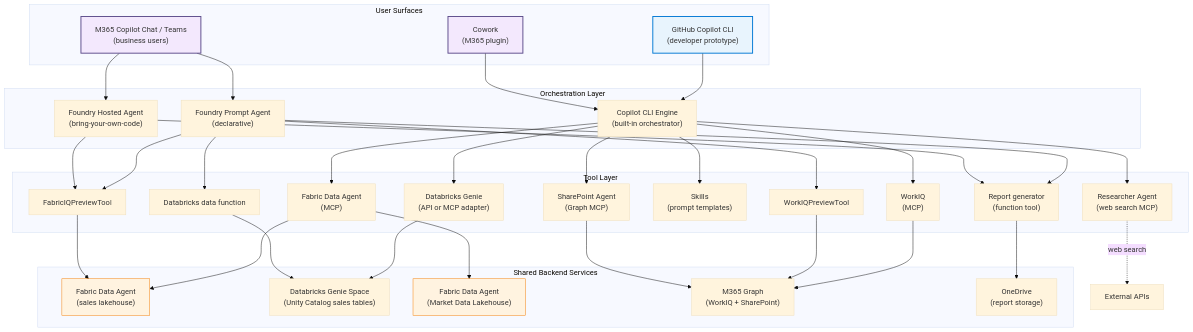
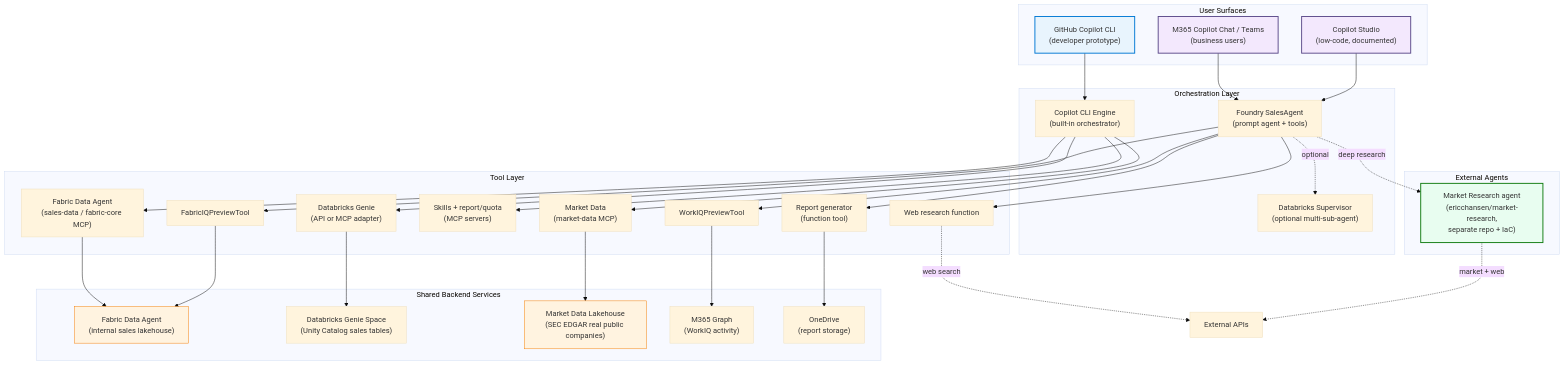
One commit to ericchansen/agent-demo-dev changed the diagram in website/docs/architecture/system-overview.md. Above: the diagram before and after it, drawn with Mermaid (base theme). The commit also changed other lines of this file and 21 other files, not shown here.

````diff
--- a/website/docs/architecture/system-overview.md
+++ b/website/docs/architecture/system-overview.md
@@ -12,74 +12,69 @@
 ```mermaid
 flowchart TB
     subgraph User["User Surfaces"]
         CLI["GitHub Copilot CLI\n(developer prototype)"]
         M365["M365 Copilot Chat / Teams\n(business users)"]
-        Cowork["Cowork\n(M365 plugin)"]
+        Studio["Copilot Studio\n(low-code, documented)"]
     end
 
     subgraph Orchestration["Orchestration Layer"]
         CopilotEngine["Copilot CLI Engine\n(built-in orchestrator)"]
-        FoundryPrompt["Foundry Prompt Agent\n(declarative)"]
-        FoundryHosted["Foundry Hosted Agent\n(bring-your-own-code)"]
+        FoundryPrompt["Foundry SalesAgent\n(prompt agent + tools)"]
+        DbxSup["Databricks Supervisor\n(optional multi-sub-agent)"]
     end
 
     subgraph Tools["Tool Layer"]
-        FDA["Fabric Data Agent\n(MCP)"]
+        FDA["Fabric Data Agent\n(sales-data / fabric-core MCP)"]
+        MKT["Market Data\n(market-data MCP)"]
         GENIE["Databricks Genie\n(API or MCP adapter)"]
-        WIQ["WorkIQ\n(MCP)"]
-        Researcher["Researcher Agent\n(web search MCP)"]
-        SharePoint["SharePoint Agent\n(Graph MCP)"]
-        Skills["Skills\n(prompt templates)"]
+        Skills["Skills + report/quota\n(MCP servers)"]
         FIQ["FabricIQPreviewTool"]
-        DBXTool["Databricks data function"]
         WIQT["WorkIQPreviewTool"]
+        Research["Web research function"]
         ReportFunc["Report generator\n(function tool)"]
     end
 
+    subgraph External["External Agents"]
+        MR["Market Research agent\n(ericchansen/market-research,\nseparate repo + IaC)"]
+    end
+
     subgraph Backend["Shared Backend Services"]
-        DA_WWI["Fabric Data Agent\n(sales lakehouse)"]
+        DA_SALES["Fabric Data Agent\n(internal sales lakehouse)"]
         DBX["Databricks Genie Space\n(Unity Catalog sales tables)"]
-        DA_MKT["Fabric Data Agent\n(Market Data Lakehouse)"]
-        Graph["M365 Graph\n(WorkIQ + SharePoint)"]
+        DA_MKT["Market Data Lakehouse\n(SEC EDGAR real public companies)"]
+        Graph["M365 Graph\n(WorkIQ activity)"]
         OD["OneDrive\n(report storage)"]
     end
 
     CLI --> CopilotEngine
     M365 --> FoundryPrompt
-    M365 --> FoundryHosted
-    Cowork --> CopilotEngine
+    Studio --> FoundryPrompt
+    FoundryPrompt -.->|optional| DbxSup
 
     CopilotEngine --> FDA
+    CopilotEngine --> MKT
     CopilotEngine --> GENIE
-    CopilotEngine --> WIQ
-    CopilotEngine --> Researcher
-    CopilotEngine --> SharePoint
     CopilotEngine --> Skills
 
     FoundryPrompt --> FIQ
-    FoundryPrompt --> DBXTool
     FoundryPrompt --> WIQT
+    FoundryPrompt --> Research
     FoundryPrompt --> ReportFunc
+    FoundryPrompt -.->|deep research| MR
 
-    FoundryHosted --> FIQ
-    FoundryHosted --> ReportFunc
-
-    FDA --> DA_WWI
+    FDA --> DA_SALES
+    MKT --> DA_MKT
     GENIE --> DBX
-    FDA --> DA_MKT
-    FIQ --> DA_WWI
-    DBXTool --> DBX
-
-    WIQ --> Graph
+    FIQ --> DA_SALES
     WIQT --> Graph
-    SharePoint --> Graph
-    Researcher -.->|web search| Web["External APIs"]
-
+    Research -.->|web search| Web["External APIs"]
+    MR -.->|market + web| Web
     ReportFunc --> OD
 
     style CLI fill:#e8f4fd,stroke:#0078d4,stroke-width:2px
     style M365 fill:#f3e8fd,stroke:#5B4B8A,stroke-width:2px
-    style Cowork fill:#f3e8fd,stroke:#5B4B8A,stroke-width:2px
-    style DA_WWI fill:#fff3e0,stroke:#F57C00
+    style Studio fill:#f3e8fd,stroke:#5B4B8A,stroke-width:2px
+    style DA_SALES fill:#fff3e0,stroke:#F57C00
     style DA_MKT fill:#fff3e0,stroke:#F57C00
+    style MR fill:#e8fdf0,stroke:#107C10,stroke-width:2px
 ```
````
